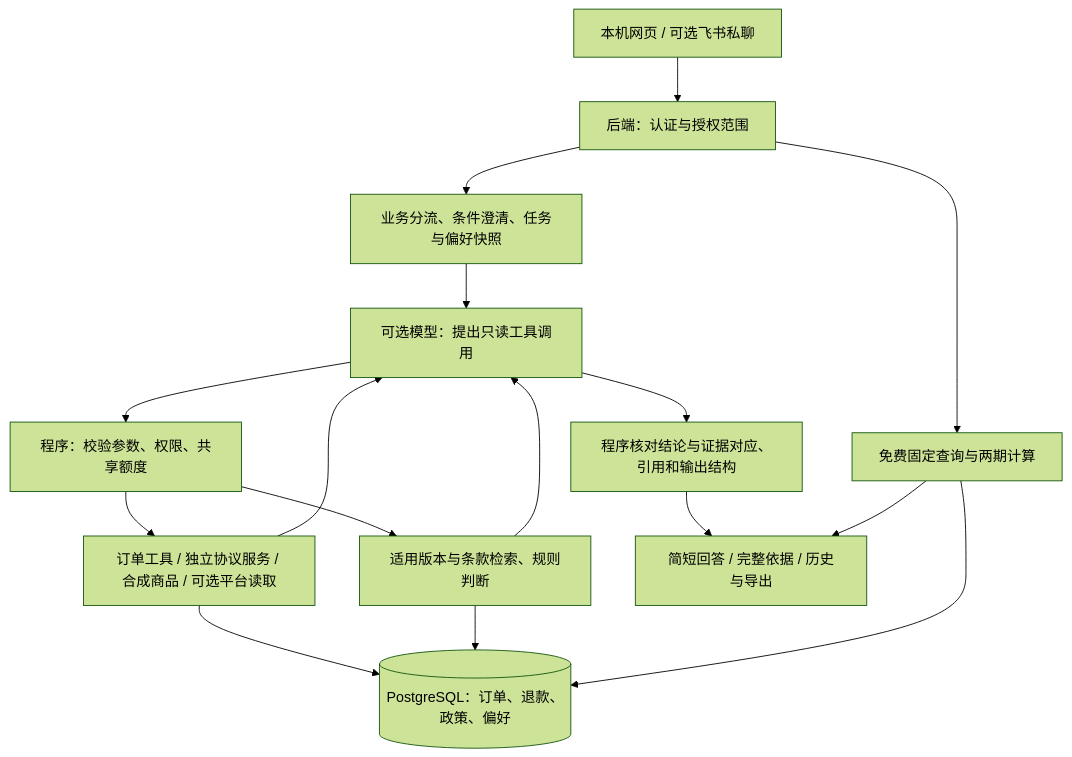
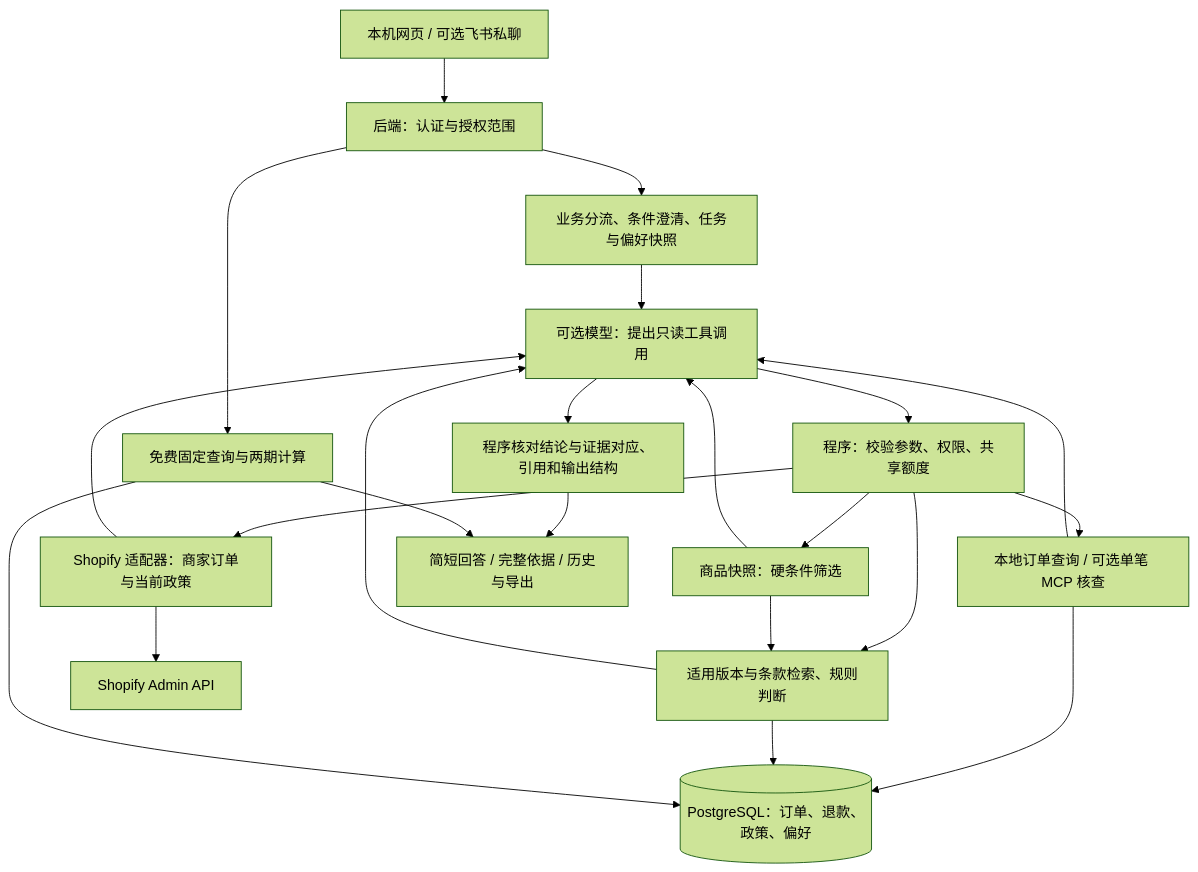
One commit to yapengl490-cmd/order-policy-assistant changed the diagram in README.md. Above: the diagram before and after it, drawn with Mermaid (forest theme). The commit also changed other lines of this file and 2 other files, not shown here.

````diff
--- a/README.md
+++ b/README.md
@@ -59,18 +57,24 @@
 ```mermaid
 flowchart TD
     U[本机网页 / 可选飞书私聊] --> A[后端：认证与授权范围]
     A --> C[业务分流、条件澄清、任务与偏好快照]
     C --> M[可选模型：提出只读工具调用]
     M --> G[程序：校验参数、权限、共享额度]
-    G --> Q[订单工具 / 独立协议服务 / 合成商品 / 可选平台读取]
+    G --> Q[本地订单查询 / 可选单笔 MCP 核查]
     Q --> D[(PostgreSQL：订单、退款、政策、偏好)]
     G --> P[适用版本与条款检索、规则判断]
     P --> D
+    G --> K[商品快照：硬条件筛选]
+    K --> P
+    K --> M
+    G --> S[Shopify 适配器：商家订单与当前政策]
+    S --> API[Shopify Admin API]
+    S --> M
     Q --> M
     P --> M
     M --> V[程序核对结论与证据对应、引用和输出结构]
     V --> O[简短回答 / 完整依据 / 历史与导出]
     A --> F[免费固定查询与两期计算]
     F --> D
     F --> O
 ```
````
